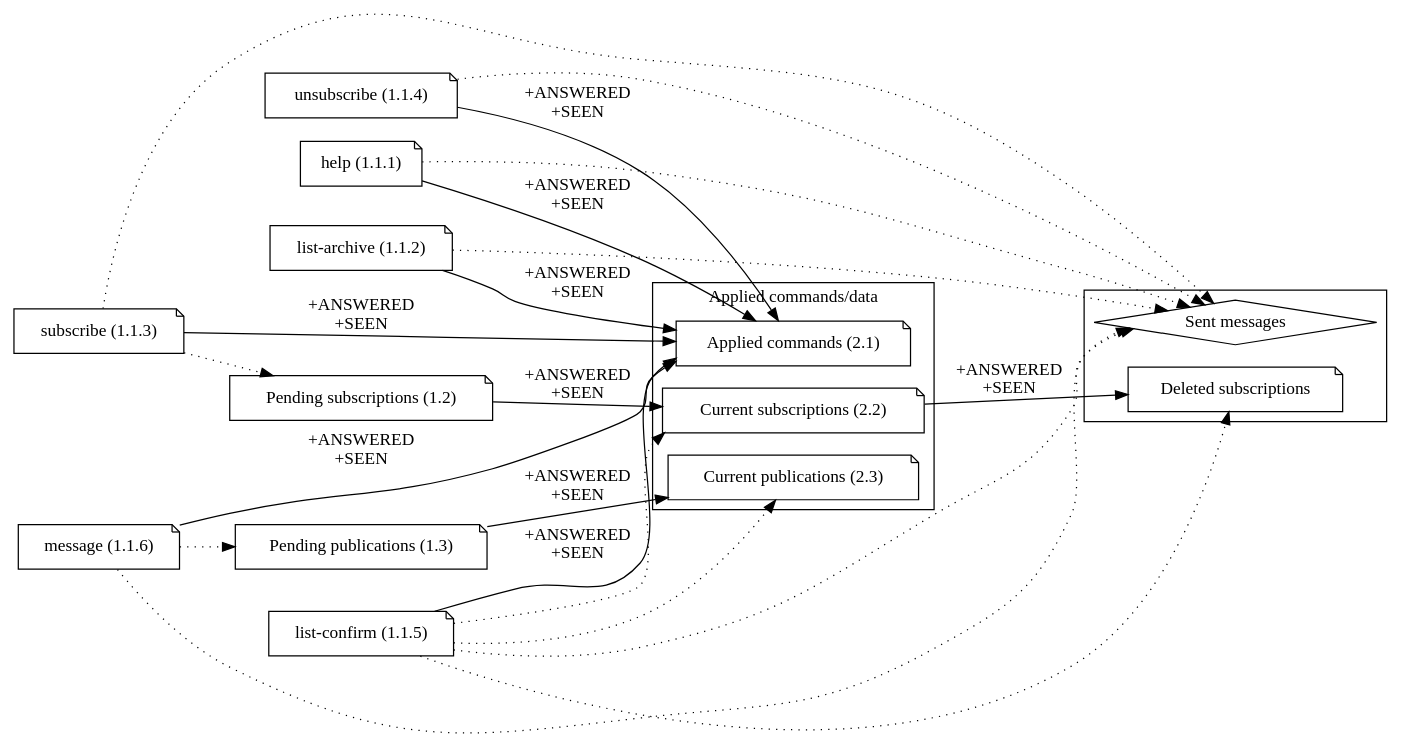
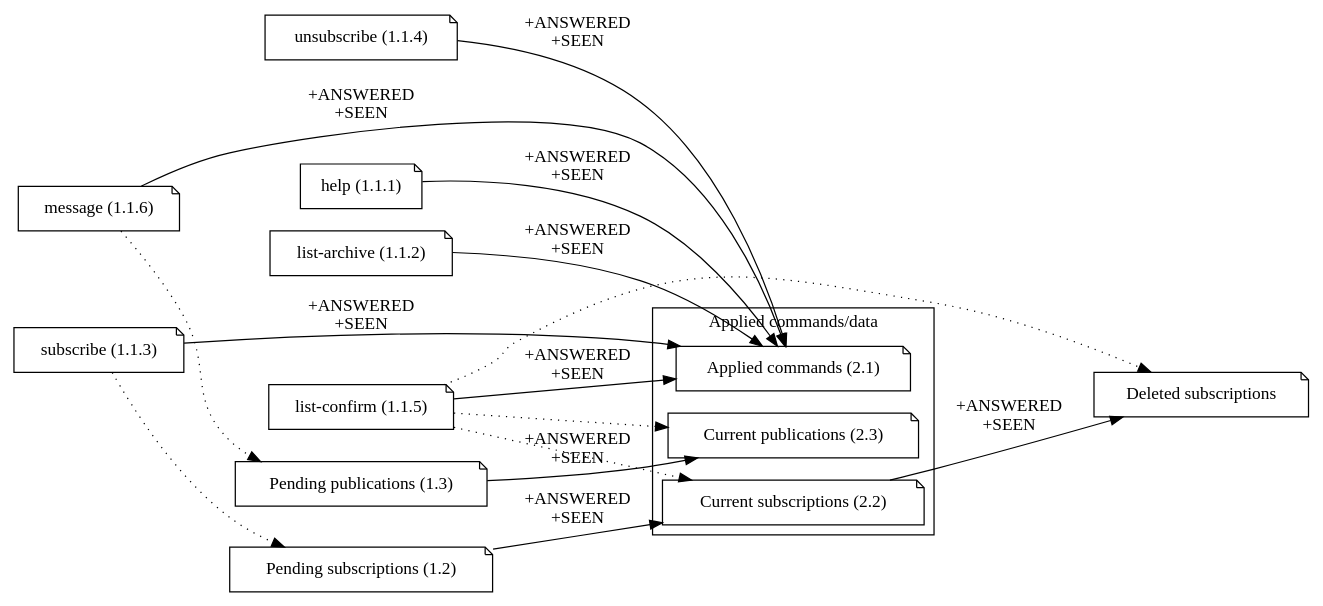
One commit to tlevine/ypotf changed the diagram in docs/data-model.dot. Above: the diagram before and after it, drawn with Graphviz.

Commit message:
Automatic commit with j

```diff
--- a/docs/data-model.dot
+++ b/docs/data-model.dot
@@ -1,57 +1,59 @@
 digraph ypotf {
   rankdir=LR;
   node [shape="note"];
 
   // Clusters
 //subgraph cluster_0 {
 //////bel="Incoming commands";
 
     "help (1.1.1)";
     "list-archive (1.1.2)";
     "subscribe (1.1.3)";
     "unsubscribe (1.1.4)";
     "list-confirm (1.1.5)";
     "message (1.1.6)";
 
     "Pending subscriptions (1.2)";
     "Pending publications (1.3)";
 //};
   subgraph cluster_1 {
     label="Applied commands/data";
 
     "Applied commands (2.1)";
     "Current subscriptions (2.2)";
     "Current publications (2.3)";
   };
-  subgraph cluster_2 {
-  "Sent messages" [shape=diamond];
+//subgraph cluster_2 {
+//"Sent messages" [shape=diamond];
   "Deleted subscriptions";
-  };
+//};
 
   // Direct links
   "help (1.1.1)" -> "Applied commands (2.1)" [label="+ANSWERED\n+SEEN"];
   "list-archive (1.1.2)" -> "Applied commands (2.1)" [label="+ANSWERED\n+SEEN"];
   "subscribe (1.1.3)" -> "Applied commands (2.1)" [label="+ANSWERED\n+SEEN"];
   "unsubscribe (1.1.4)" -> "Applied commands (2.1)" [label="+ANSWERED\n+SEEN"];
   "list-confirm (1.1.5)" -> "Applied commands (2.1)" [label="+ANSWERED\n+SEEN"];
   "message (1.1.6)" -> "Applied commands (2.1)" [label="+ANSWERED\n+SEEN"];
 
   "Pending subscriptions (1.2)" -> "Current subscriptions (2.2)" [label="+ANSWERED\n+SEEN"];
   "Current subscriptions (2.2)" -> "Deleted subscriptions" [label="+ANSWERED\n+SEEN"];
   "Pending publications (1.3)" -> "Current publications (2.3)" [label="+ANSWERED\n+SEEN"];
 
   // Indirect links
   "subscribe (1.1.3)" -> "Pending subscriptions (1.2)" [style=dotted];
   "message (1.1.6)" -> "Pending publications (1.3)" [style=dotted];
 
   "list-confirm (1.1.5)" -> "Current subscriptions (2.2)" [style=dotted];
   "list-confirm (1.1.5)" -> "Current publications (2.3)" [style=dotted];
   "list-confirm (1.1.5)" -> "Deleted subscriptions" [style=dotted];
 
+/*
   "help (1.1.1)" -> "Sent messages" [style=dotted];
   "list-archive (1.1.2)" -> "Sent messages" [style=dotted];
   "subscribe (1.1.3)" -> "Sent messages" [style=dotted];
   "unsubscribe (1.1.4)" -> "Sent messages" [style=dotted];
   "list-confirm (1.1.5)" -> "Sent messages" [style=dotted];
   "message (1.1.6)" -> "Sent messages" [style=dotted];
+*/
 }
```
